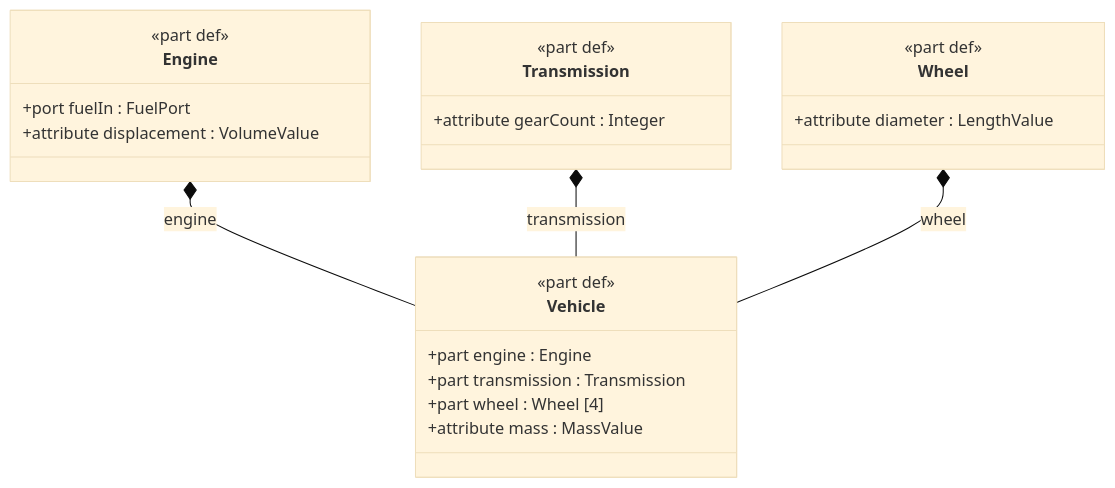
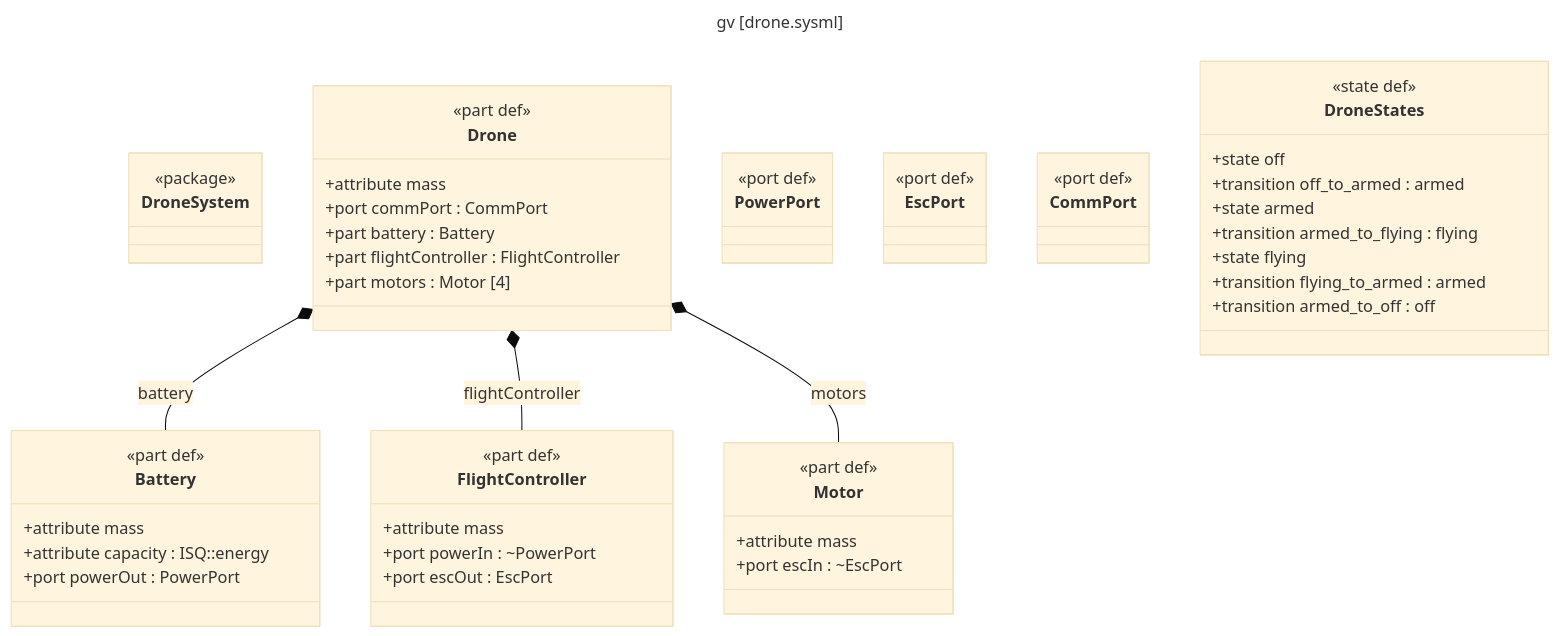
One commit to jackhale98/sysml-cli changed the first of 3 diagrams in README.md. Above: the diagram before and after it, drawn with Mermaid (base theme). The commit also changed other lines of this file and 2 other files, not shown here.

First line of the commit message:
Diagram fixes surfaced by generating real README examples

````diff
--- a/README.md
+++ b/README.md
@@ -204,26 +250,56 @@
 ```mermaid
+---
+title: gv [drone.sysml]
+---
 classDiagram
-    class Vehicle {
+    class DroneSystem {
+        <<package>>
+    }
+    class Drone {
         <<part def>>
-        +part engine : Engine
-        +part transmission : Transmission
-        +part wheel : Wheel [4]
-        +attribute mass : MassValue
+        +attribute mass
+        +port commPort : CommPort
+        +part battery : Battery
+        +part flightController : FlightController
+        +part motors : Motor [4]
     }
-    class Engine {
+    class Battery {
         <<part def>>
-        +port fuelIn : FuelPort
-        +attribute displacement : VolumeValue
+        +attribute mass
+        +attribute capacity : ISQ::energy
+        +port powerOut : PowerPort
     }
-    class Transmission {
+    class FlightController {
         <<part def>>
-        +attribute gearCount : Integer
+        +attribute mass
+        +port powerIn : ~PowerPort
+        +port escOut : EscPort
     }
-    class Wheel {
+    class Motor {
         <<part def>>
-        +attribute diameter : LengthValue
+        +attribute mass
+        +port escIn : ~EscPort
     }
-    Engine *-- Vehicle : engine
-    Transmission *-- Vehicle : transmission
-    Wheel *-- Vehicle : wheel
+    class PowerPort {
+        <<port def>>
+    }
+    class EscPort {
+        <<port def>>
+    }
+    class CommPort {
+        <<port def>>
+    }
+    class DroneStates {
+        <<state def>>
+        +state off
+        +transition off_to_armed : armed
+        +state armed
+        +transition armed_to_flying : flying
+        +state flying
+        +transition flying_to_armed : armed
+        +transition armed_to_off : off
+    }
+    Drone *-- Battery : battery
+    Drone *-- FlightController : flightController
+    Drone *-- Motor : motors
 ```
````
